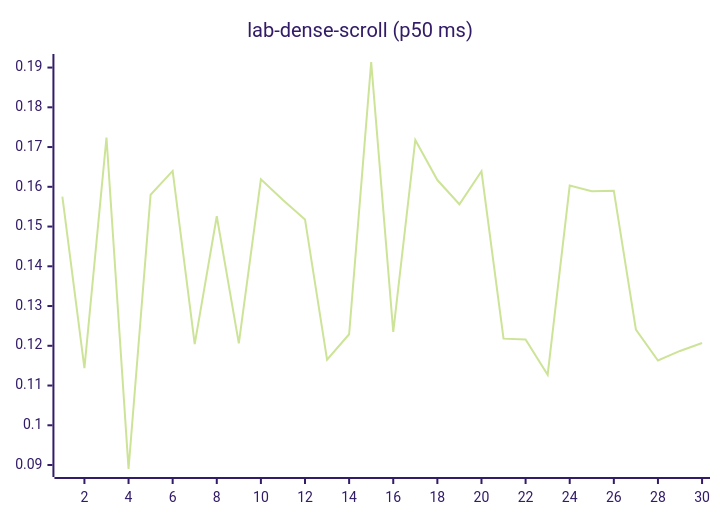
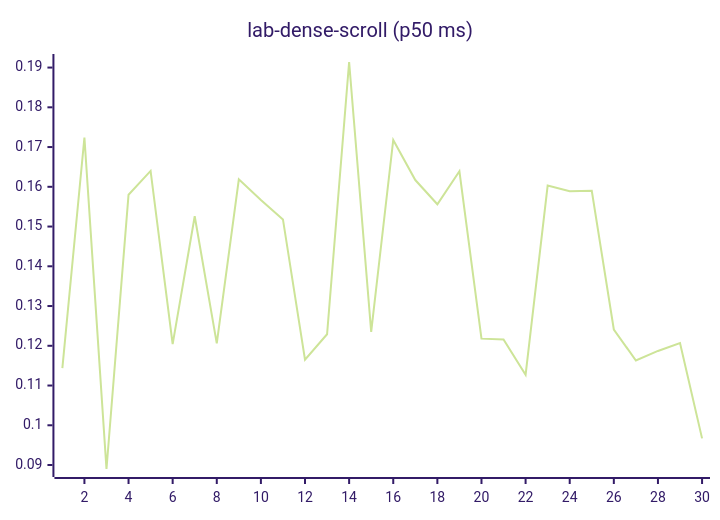
Diagram 12 of 27 in README.md (josha/Facet), drawn with Mermaid (forest theme) before and after one commit. The commit also changed other lines of this file and 2 other files, not shown here.

````diff
--- a/README.md
+++ b/README.md
@@ -140,6 +140,6 @@
 ```mermaid
 xychart-beta
     title "lab-dense-scroll (p50 ms)"
     x-axis 1 --> 30
-    line [0.1575, 0.1144, 0.1724, 0.0890, 0.1580, 0.1640, 0.1204, 0.1526, 0.1206, 0.1619, 0.1567, 0.1518, 0.1165, 0.1229, 0.1914, 0.1235, 0.1718, 0.1617, 0.1556, 0.1639, 0.1218, 0.1216, 0.1127, 0.1603, 0.1589, 0.1590, 0.1241, 0.1163, 0.1187, 0.1207]
+    line [0.1144, 0.1724, 0.0890, 0.1580, 0.1640, 0.1204, 0.1526, 0.1206, 0.1619, 0.1567, 0.1518, 0.1165, 0.1229, 0.1914, 0.1235, 0.1718, 0.1617, 0.1556, 0.1639, 0.1218, 0.1216, 0.1127, 0.1603, 0.1589, 0.1590, 0.1241, 0.1163, 0.1187, 0.1207, 0.0967]
 ```
````
